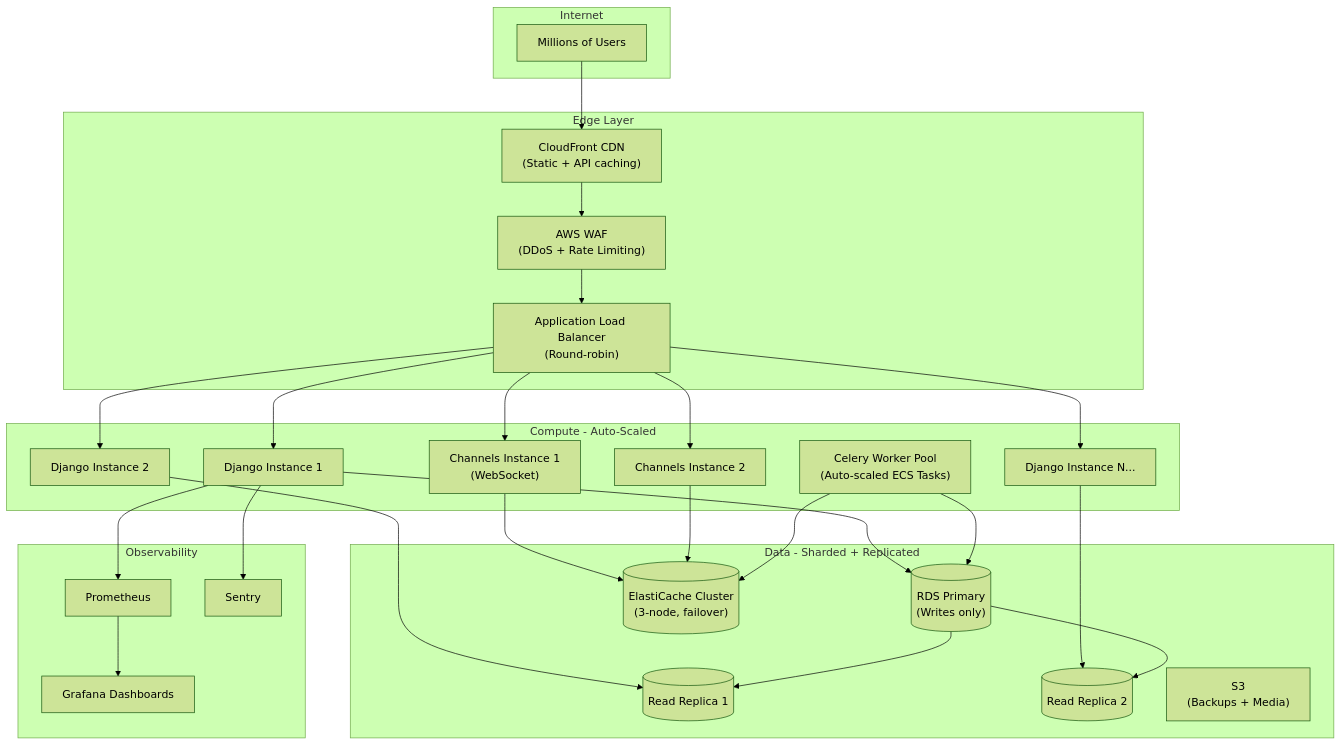
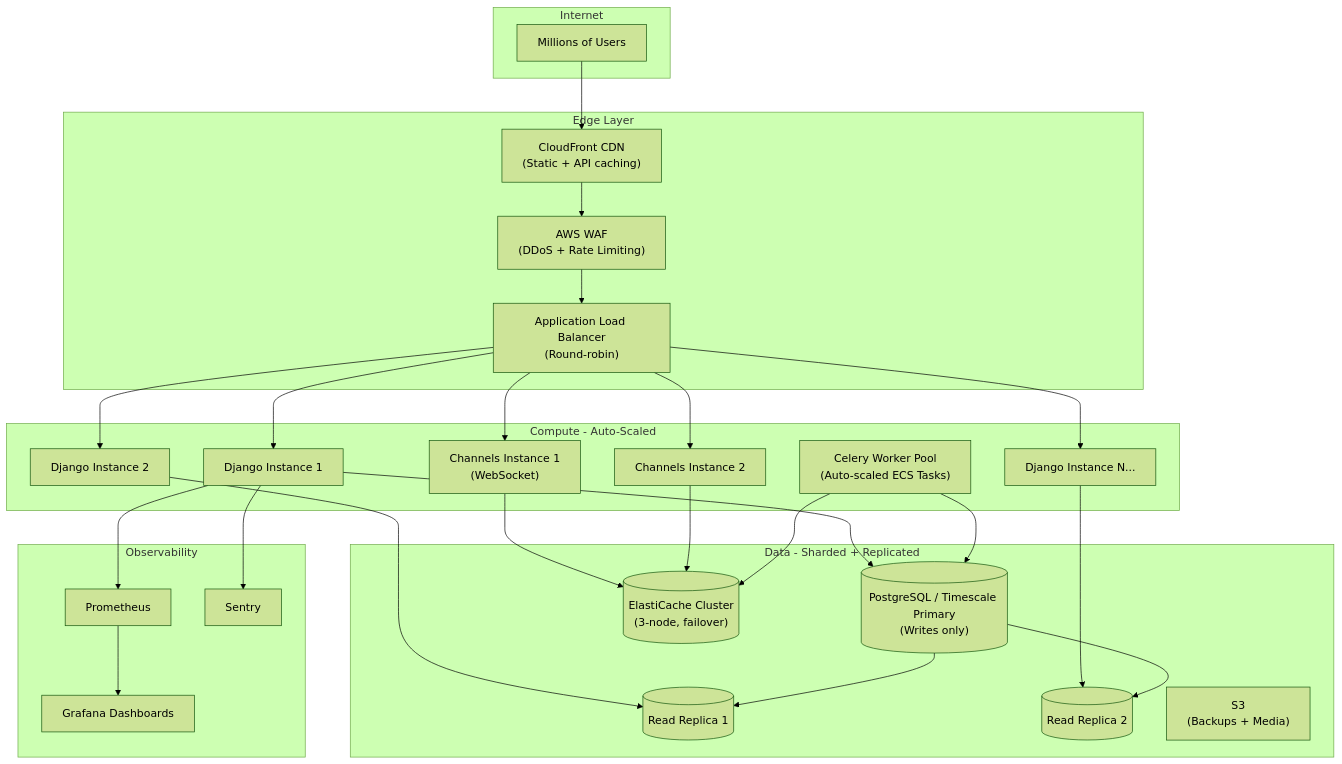
Before and after one commit to elvisrepo/long: the fifth of 6 diagrams in planning.md, drawn with Mermaid (forest theme). The commit also changed other lines of this file, not shown here.

````diff
--- a/planning.md
+++ b/planning.md
@@ -390,54 +397,54 @@
 ```mermaid
 graph TB
     subgraph "Internet"
         USERS["Millions of Users"]
     end
 
     subgraph "Edge Layer"
         CDN["CloudFront CDN<br/>(Static + API caching)"]
         WAF["AWS WAF<br/>(DDoS + Rate Limiting)"]
         ALB["Application Load Balancer<br/>(Round-robin)"]
     end
 
     subgraph "Compute - Auto-Scaled"
         APP1["Django Instance 1"]
         APP2["Django Instance 2"]
         APP3["Django Instance N..."]
         WS1["Channels Instance 1<br/>(WebSocket)"]
         WS2["Channels Instance 2"]
         W1["Celery Worker Pool<br/>(Auto-scaled ECS Tasks)"]
     end
 
     subgraph "Data - Sharded + Replicated"
-        PG_PRIMARY[("RDS Primary<br/>(Writes only)")]
+        PG_PRIMARY[("PostgreSQL / Timescale Primary<br/>(Writes only)")]
         PG_READ1[("Read Replica 1")]
         PG_READ2[("Read Replica 2")]
         REDIS_CLUSTER[("ElastiCache Cluster<br/>(3-node, failover)")]
         S3["S3<br/>(Backups + Media)"]
     end
 
     subgraph "Observability"
         PROM["Prometheus"]
         GRAF["Grafana Dashboards"]
         SENTRY["Sentry"]
     end
 
     USERS --> CDN --> WAF --> ALB
     ALB --> APP1
     ALB --> APP2
     ALB --> APP3
     ALB --> WS1
     ALB --> WS2
     APP1 --> PG_PRIMARY
     APP2 --> PG_READ1
     APP3 --> PG_READ2
     WS1 --> REDIS_CLUSTER
     WS2 --> REDIS_CLUSTER
     W1 --> PG_PRIMARY
     W1 --> REDIS_CLUSTER
     PG_PRIMARY --> PG_READ1
     PG_PRIMARY --> PG_READ2
     APP1 --> PROM
     PROM --> GRAF
     APP1 --> SENTRY
 ```
````
